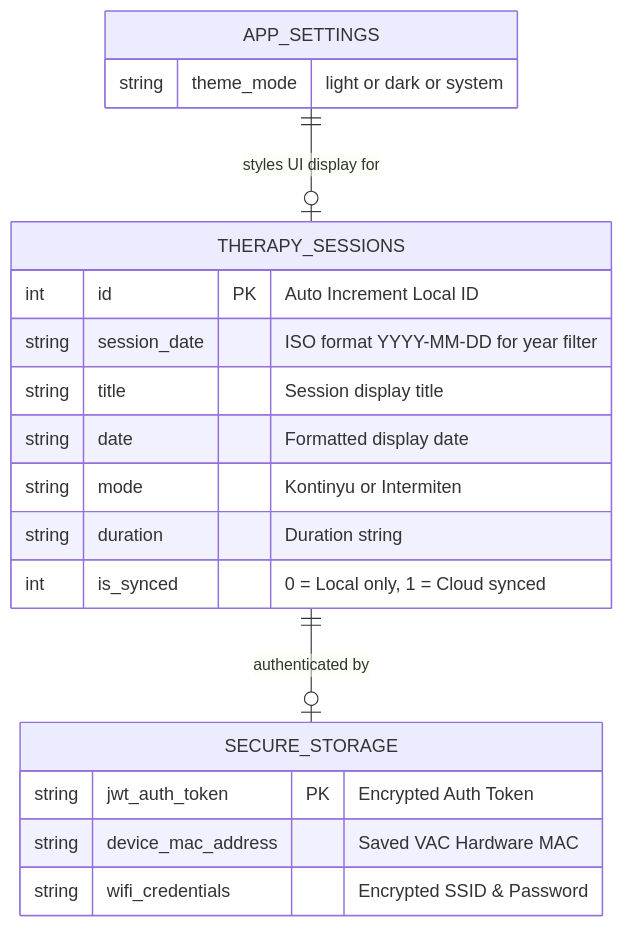
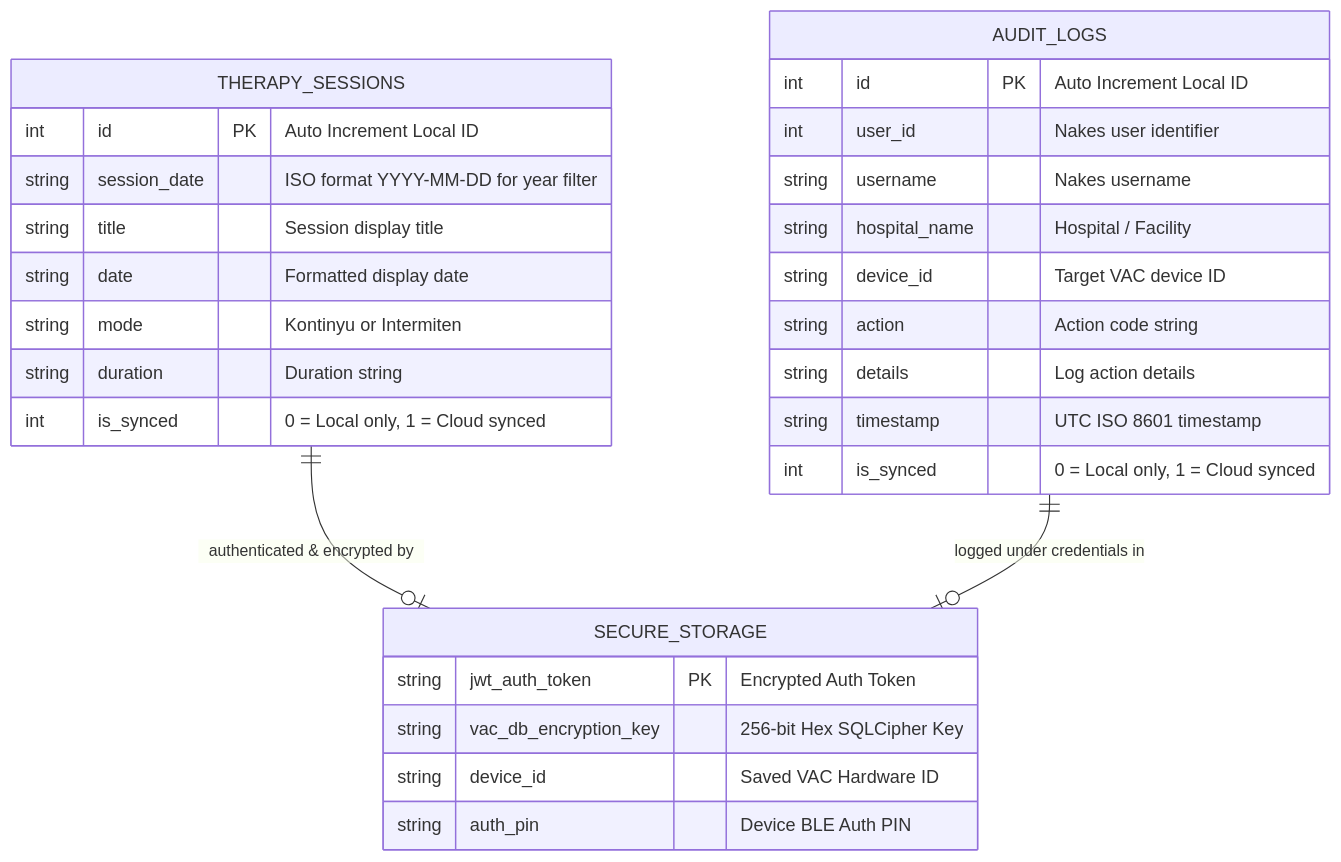
One commit to nashirabbash/VAC-IoT changed the second of 3 diagrams in README.md. Above: the diagram before and after it, drawn with Mermaid. The commit also changed other lines of this file, not shown here.

Commit message:
docs: update README.md with SQLCipher, audit logs, BLE safety, and TLS 1.3 details

````diff
--- a/README.md
+++ b/README.md
@@ -343,28 +368,37 @@
 ```mermaid
 erDiagram
-    accTitle: SQLite Database and Storage Entity Relationship
-    accDescr: Entity relationship diagram representing local SQLite tables and encrypted key-value pairs stored in secure storage.
+    accTitle: SQLCipher Database and Storage Entity Relationship
+    accDescr: Entity relationship diagram representing local encrypted SQLCipher tables and keys stored in secure storage.
 
     THERAPY_SESSIONS {
         int id PK "Auto Increment Local ID"
         string session_date "ISO format YYYY-MM-DD for year filter"
         string title "Session display title"
         string date "Formatted display date"
         string mode "Kontinyu or Intermiten"
         string duration "Duration string"
         int is_synced "0 = Local only, 1 = Cloud synced"
     }
 
+    AUDIT_LOGS {
+        int id PK "Auto Increment Local ID"
+        int user_id "Nakes user identifier"
+        string username "Nakes username"
+        string hospital_name "Hospital / Facility"
+        string device_id "Target VAC device ID"
+        string action "Action code string"
+        string details "Log action details"
+        string timestamp "UTC ISO 8601 timestamp"
+        int is_synced "0 = Local only, 1 = Cloud synced"
+    }
+
     SECURE_STORAGE {
         string jwt_auth_token PK "Encrypted Auth Token"
-        string device_mac_address "Saved VAC Hardware MAC"
-        string wifi_credentials "Encrypted SSID & Password"
+        string vac_db_encryption_key "256-bit Hex SQLCipher Key"
+        string device_id "Saved VAC Hardware ID"
+        string auth_pin "Device BLE Auth PIN"
     }
 
-    APP_SETTINGS {
-        string theme_mode "light or dark or system"
-    }
-
-    THERAPY_SESSIONS ||--o| SECURE_STORAGE : "authenticated by"
-    APP_SETTINGS ||--o| THERAPY_SESSIONS : "styles UI display for"
+    THERAPY_SESSIONS ||--o| SECURE_STORAGE : "authenticated & encrypted by"
+    AUDIT_LOGS ||--o| SECURE_STORAGE : "logged under credentials in"
 ```
````
